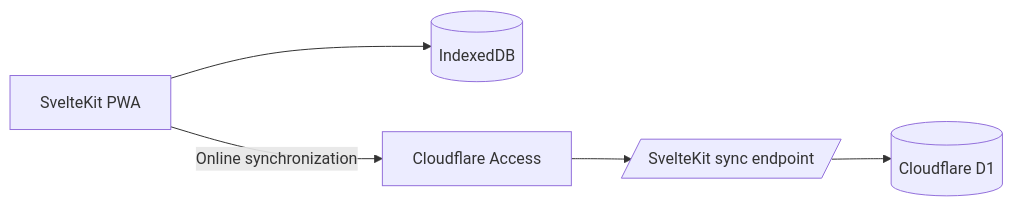
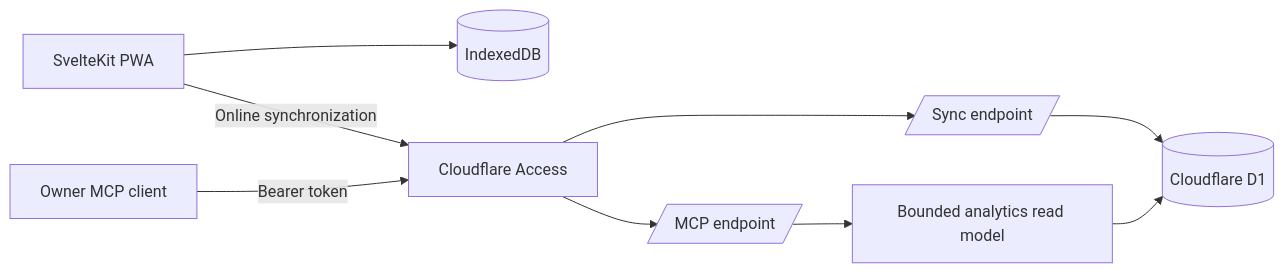
The diagram in README.md (devwaseem/lifeos), drawn with Mermaid before and after one commit. The commit also changed other lines of this file and 60 other files, not shown here.

````diff
--- a/README.md
+++ b/README.md
@@ -20,7 +22,11 @@
 ```mermaid
 flowchart LR
     UI[SvelteKit PWA] --> IDB[(IndexedDB)]
     UI -->|Online synchronization| Access[Cloudflare Access]
-    Access --> API[/SvelteKit sync endpoint/]
-    API --> D1[(Cloudflare D1)]
+    Client[Owner MCP client] -->|Bearer token| Access
+    Access --> Sync[/Sync endpoint/]
+    Access --> MCP[/MCP endpoint/]
+    Sync --> D1[(Cloudflare D1)]
+    MCP --> ReadModel[Bounded analytics read model]
+    ReadModel --> D1
 ```
````
